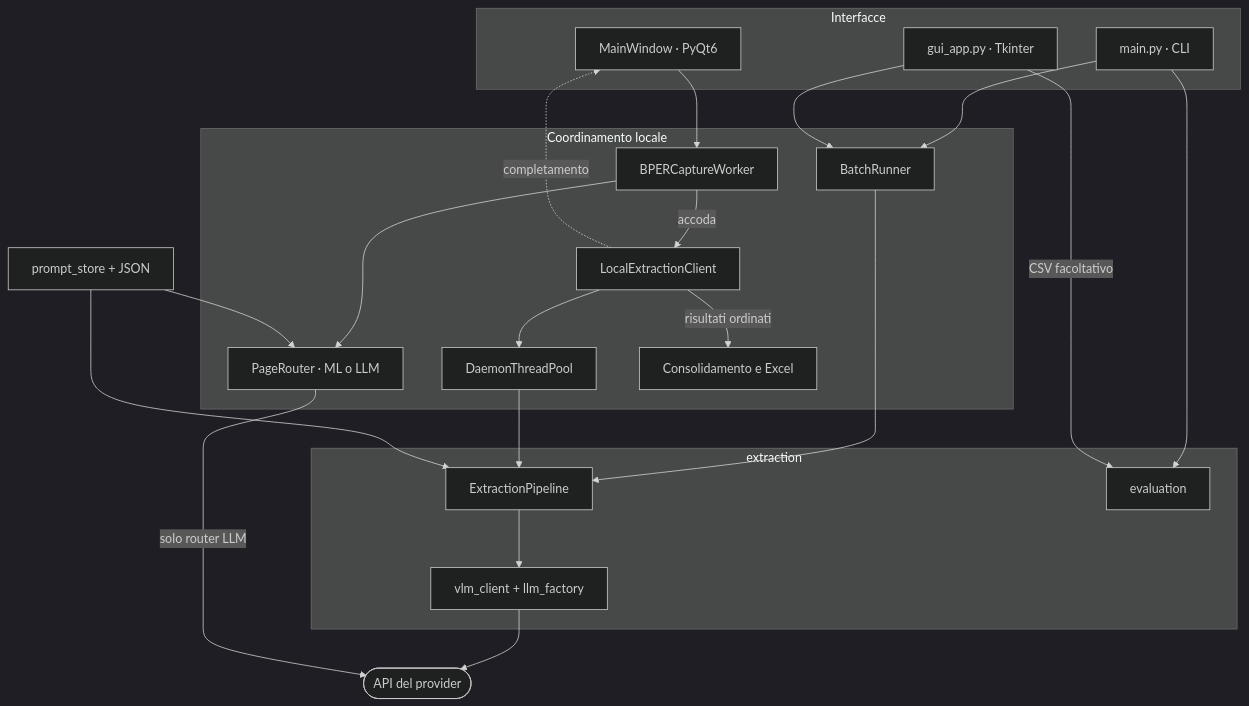
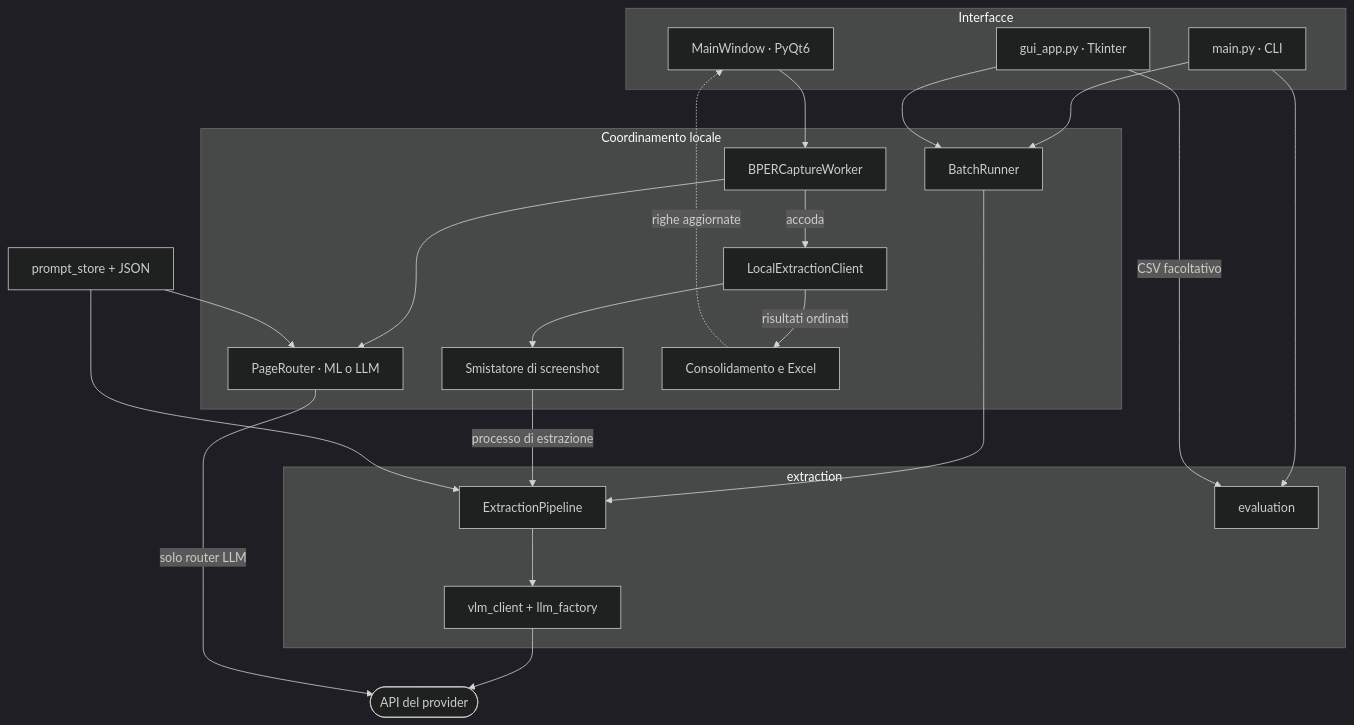
The diagram in docs/04-architecture.md (acaprino/MOL-BPER-OCR), drawn with Mermaid (dark theme) before and after one commit. The commit also changed other lines of this file and 20 other files, not shown here.

````diff
--- a/docs/04-architecture.md
+++ b/docs/04-architecture.md
@@ -13,35 +13,35 @@
 ```mermaid
 flowchart TB
     subgraph Interfacce["Interfacce"]
         CLI["main.py · CLI"]
         TK["gui_app.py · Tkinter"]
         QT["MainWindow · PyQt6"]
     end
     subgraph Coordinamento["Coordinamento locale"]
         BATCH["BatchRunner"]
         CAP["BPERCaptureWorker"]
         ROUTER["PageRouter · ML o LLM"]
         CLIENT["LocalExtractionClient"]
-        POOL["DaemonThreadPool"]
+        POOL["Smistatore di screenshot"]
         OUTPUT["Consolidamento e Excel"]
     end
     subgraph Motore["extraction"]
         PIPE["ExtractionPipeline"]
         VLM["vlm_client + llm_factory"]
         EVAL["evaluation"]
     end
     PROMPTS["prompt_store + JSON"]
     PROVIDER(["API del provider"])
     CLI --> BATCH
     TK --> BATCH
     BATCH --> PIPE --> VLM --> PROVIDER
     CLI --> EVAL
     TK -->|"CSV facoltativo"| EVAL
     QT --> CAP --> ROUTER
     ROUTER -->|"solo router LLM"| PROVIDER
-    CAP -->|"accoda"| CLIENT --> POOL --> PIPE
-    CLIENT -.->|"completamento"| QT
+    CAP -->|"accoda"| CLIENT --> POOL -->|"processo di estrazione"| PIPE
     CLIENT -->|"risultati ordinati"| OUTPUT
+    OUTPUT -.->|"righe aggiornate"| QT
     PROMPTS --> PIPE
     PROMPTS --> ROUTER
 ```
````
